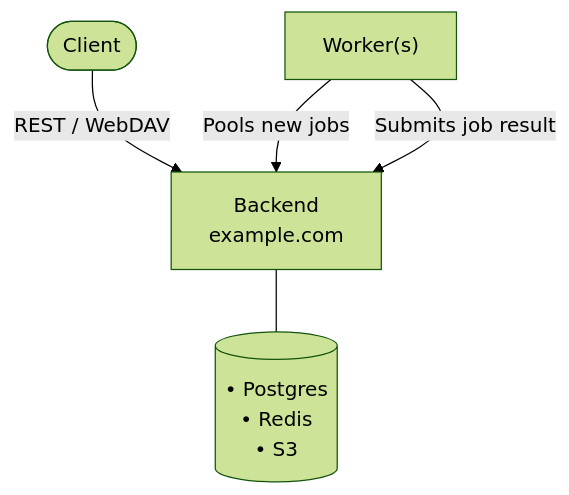
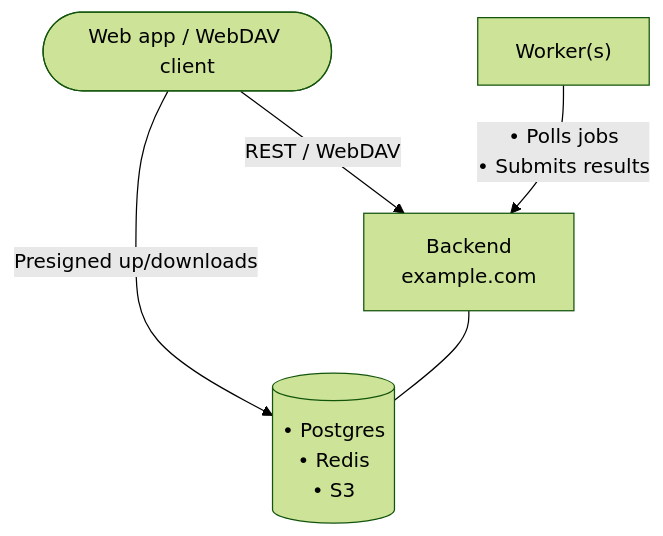
The first of 2 diagrams in README.md (ClementGre/Archypix), drawn with Mermaid (forest theme) before and after one commit. The commit also changed other lines of this file, not shown here.

````diff
--- a/README.md
+++ b/README.md
@@ -110,11 +126,11 @@
 ```mermaid
 graph TB
-    client(["Client"])
+    client(["Web app / WebDAV client"])
     back["Backend<br>example.com"]
     worker["Worker(s)"]
     storage[("• Postgres<br>• Redis<br>• S3")]
     client -->|" REST / WebDAV "| back
+    client -->|" Presigned up/downloads "| storage
     back --- storage
-    worker -->|" Pools new jobs "| back
-    worker -->|" Submits job result "| back
+    worker -->|" • Polls jobs<br>• Submits results "| back
 ```
````
